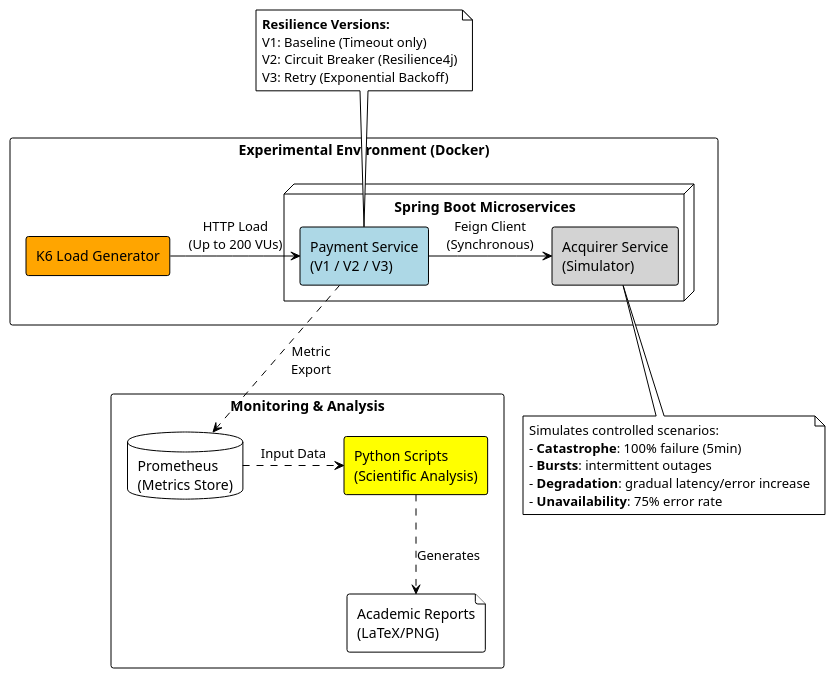
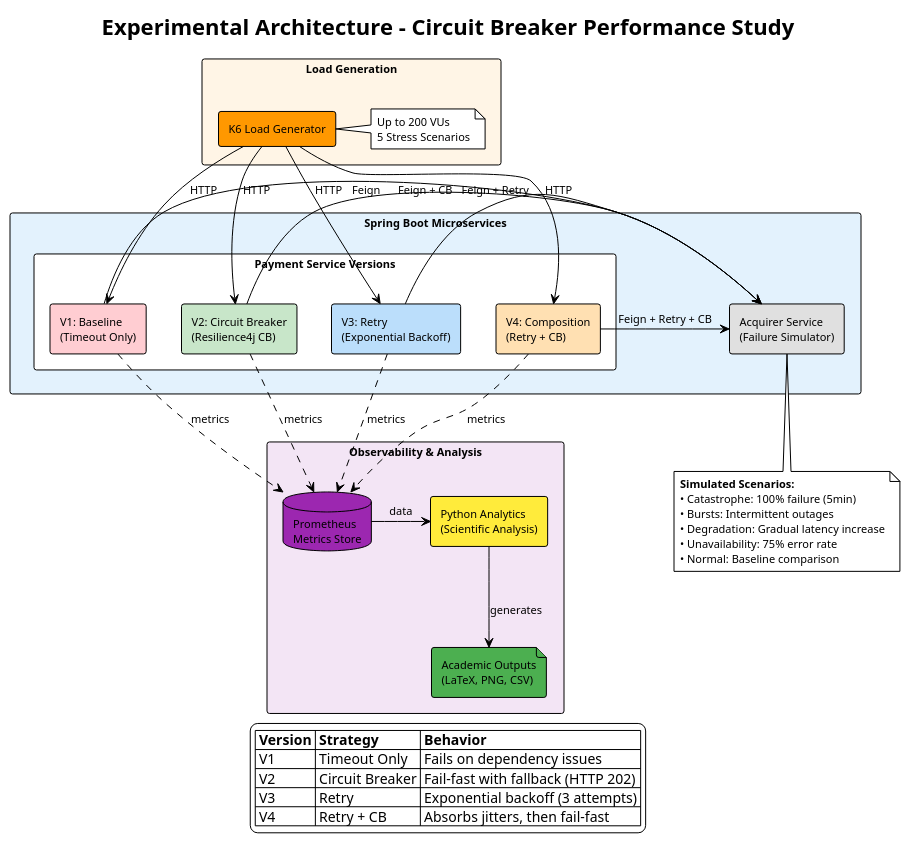
One commit to hlaff147/tcc-performance-circuit-breaker changed the diagram in docs/diagramas/puml/simplified_architecture_en.puml. Above: the diagram before and after it, drawn with PlantUML. The commit also changed 209 other files, not shown here.

First line of the commit message:
docs: finalize v4 analysis results, update charts and LaTeX documents

```diff
--- a/docs/diagramas/puml/simplified_architecture_en.puml
+++ b/docs/diagramas/puml/simplified_architecture_en.puml
@@ -1,43 +1,73 @@
 @startuml
 !theme plain
 skinparam componentStyle rectangle
 skinparam backgroundColor white
 skinparam packageStyle rectangle
+skinparam defaultFontName Arial
+skinparam defaultFontSize 11
 
-package "Experimental Environment (Docker)" {
-    [K6 Load Generator] as k6 #orange
-    
-    node "Spring Boot Microservices" {
-        [Payment Service\n(V1 / V2 / V3)] as payment #lightblue
-        [Acquirer Service\n(Simulator)] as acquirer #lightgrey
-    }
+title Experimental Architecture - Circuit Breaker Performance Study
+
+package "Load Generation" #FFF5E6 {
+    [K6 Load Generator] as k6 #FF9800
+    note right of k6
+      Up to 200 VUs
+      5 Stress Scenarios
+    end note
 }
 
-package "Monitoring & Analysis" {
-    database "Prometheus\n(Metrics Store)" as prom
-    [Python Scripts\n(Scientific Analysis)] as python #yellow
-    file "Academic Reports\n(LaTeX/PNG)" as final_report
+package "Spring Boot Microservices" #E3F2FD {
+    rectangle "Payment Service Versions" {
+        [V1: Baseline\n(Timeout Only)] as v1 #FFCDD2
+        [V2: Circuit Breaker\n(Resilience4j CB)] as v2 #C8E6C9
+        [V3: Retry\n(Exponential Backoff)] as v3 #BBDEFB
+        [V4: Composition\n(Retry + CB)] as v4 #FFE0B2
+    }
+    
+    [Acquirer Service\n(Failure Simulator)] as acquirer #E0E0E0
 }
 
-k6 -right-> payment : "HTTP Load\n(Up to 200 VUs)"
-payment -right-> acquirer : "Feign Client\n(Synchronous)"
-payment .down.> prom : "Metric\nExport"
-prom .right.> python : "Input Data"
-python ..> final_report : "Generates"
+package "Observability & Analysis" #F3E5F5 {
+    database "Prometheus\nMetrics Store" as prom #9C27B0
+    [Python Analytics\n(Scientific Analysis)] as python #FFEB3B
+    file "Academic Outputs\n(LaTeX, PNG, CSV)" as outputs #4CAF50
+}
+
+' Connections
+k6 -down-> v1 : HTTP
+k6 -down-> v2 : HTTP
+k6 -down-> v3 : HTTP
+k6 -down-> v4 : HTTP
+
+v1 -right-> acquirer : Feign
+v2 -right-> acquirer : Feign + CB
+v3 -right-> acquirer : Feign + Retry
+v4 -right-> acquirer : Feign + Retry + CB
+
+v1 ..> prom : metrics
+v2 ..> prom : metrics
+v3 ..> prom : metrics
+v4 ..> prom : metrics
+
+prom -right-> python : data
+python -down-> outputs : generates
+
+' Legend
+legend bottom
+  |= Version |= Strategy |= Behavior |
+  | V1 | Timeout Only | Fails on dependency issues |
+  | V2 | Circuit Breaker | Fail-fast with fallback (HTTP 202) |
+  | V3 | Retry | Exponential backoff (3 attempts) |
+  | V4 | Retry + CB | Absorbs jitters, then fail-fast |
+endlegend
 
 note bottom of acquirer
-  Simulates controlled scenarios:
-  - **Catastrophe**: 100% failure (5min)
-  - **Bursts**: intermittent outages
-  - **Degradation**: gradual latency/error increase
-  - **Unavailability**: 75% error rate
-end note
-
-note top of payment
-  **Resilience Versions:**
-  V1: Baseline (Timeout only)
-  V2: Circuit Breaker (Resilience4j)
-  V3: Retry (Exponential Backoff)
+  **Simulated Scenarios:**
+  • Catastrophe: 100% failure (5min)
+  • Bursts: Intermittent outages
+  • Degradation: Gradual latency increase
+  • Unavailability: 75% error rate
+  • Normal: Baseline comparison
 end note
 
 @enduml
```
